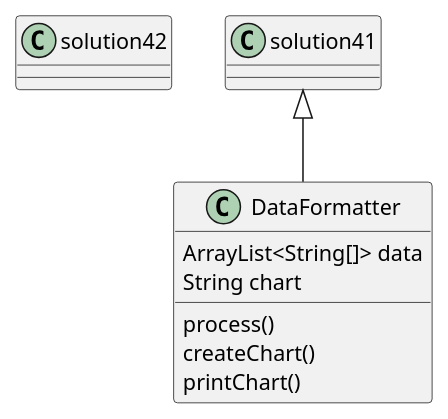
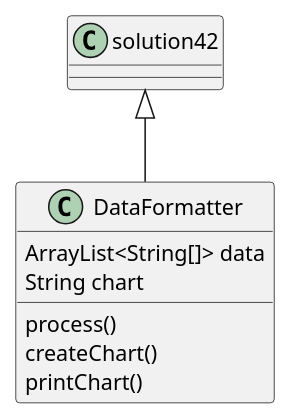
Before and after one commit to JMDeBerry99/deberry-cop3330-assignment3: the diagram in src/main/java/oop/exercises/ex42/DataFormatter.puml, drawn with PlantUML. The commit also changed 5 other files, not shown here.

```diff
--- a/src/main/java/oop/exercises/ex42/DataFormatter.puml
+++ b/src/main/java/oop/exercises/ex42/DataFormatter.puml
@@ -5,18 +5,18 @@
 @startuml
 'https://plantuml.com/class-diagram
 
 class solution42
 
-solution41 <|-- DataFormatter
+solution42 <|-- DataFormatter
 
 
 class DataFormatter {
 ArrayList<String[]> data
 String chart
 
 process()
 createChart()
 printChart()
 }
 
 @enduml
```
